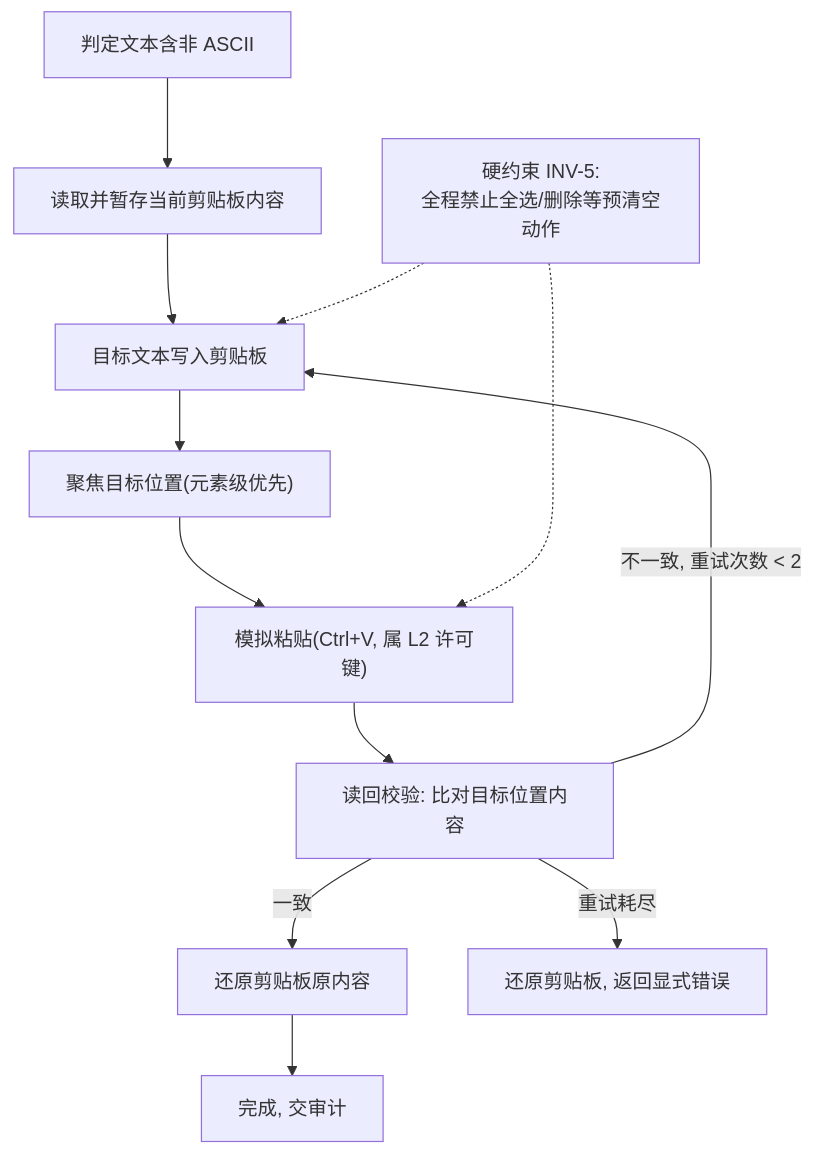
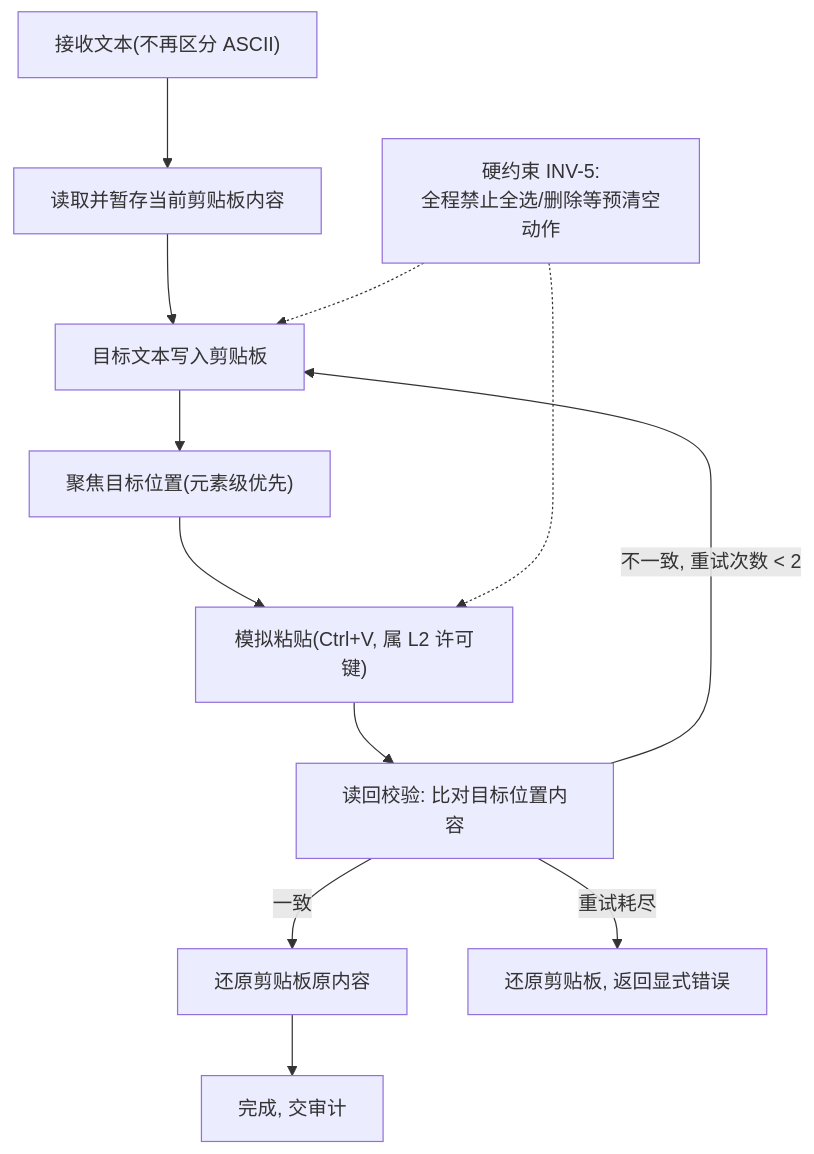
Diagram 14 of 15 in docs/详细设计说明书.md (Ddfang-sdf/deskpilot), drawn with Mermaid before and after one commit. The commit also changed other lines of this file and 6 other files, not shown here.

````diff
--- a/docs/详细设计说明书.md
+++ b/docs/详细设计说明书.md
@@ -1424,14 +1424,14 @@
 ```mermaid
 flowchart TD
-    A["判定文本含非 ASCII"] --> B["读取并暂存当前剪贴板内容"]
+    A["接收文本(不再区分 ASCII)"] --> B["读取并暂存当前剪贴板内容"]
     B --> C["目标文本写入剪贴板"]
     C --> D["聚焦目标位置(元素级优先)"]
     D --> E["模拟粘贴(Ctrl+V, 属 L2 许可键)"]
     E --> F["读回校验: 比对目标位置内容"]
     F -->|"一致"| G["还原剪贴板原内容"]
     F -->|"不一致, 重试次数 < 2"| C
     F -->|"重试耗尽"| R["还原剪贴板, 返回显式错误"]
     G --> H["完成, 交审计"]
     N["硬约束 INV-5:<br/>全程禁止全选/删除等预清空动作"] -.-> C
     N -.-> E
 ```
````
